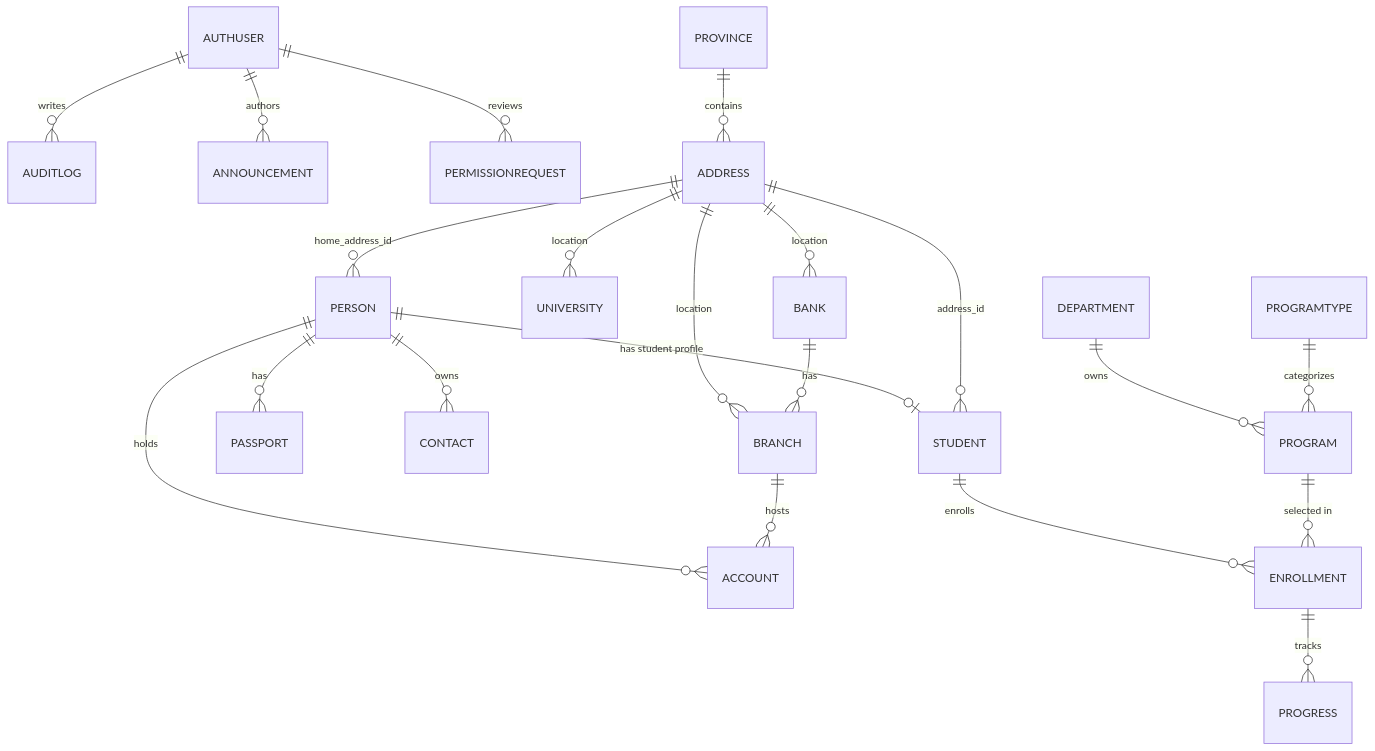
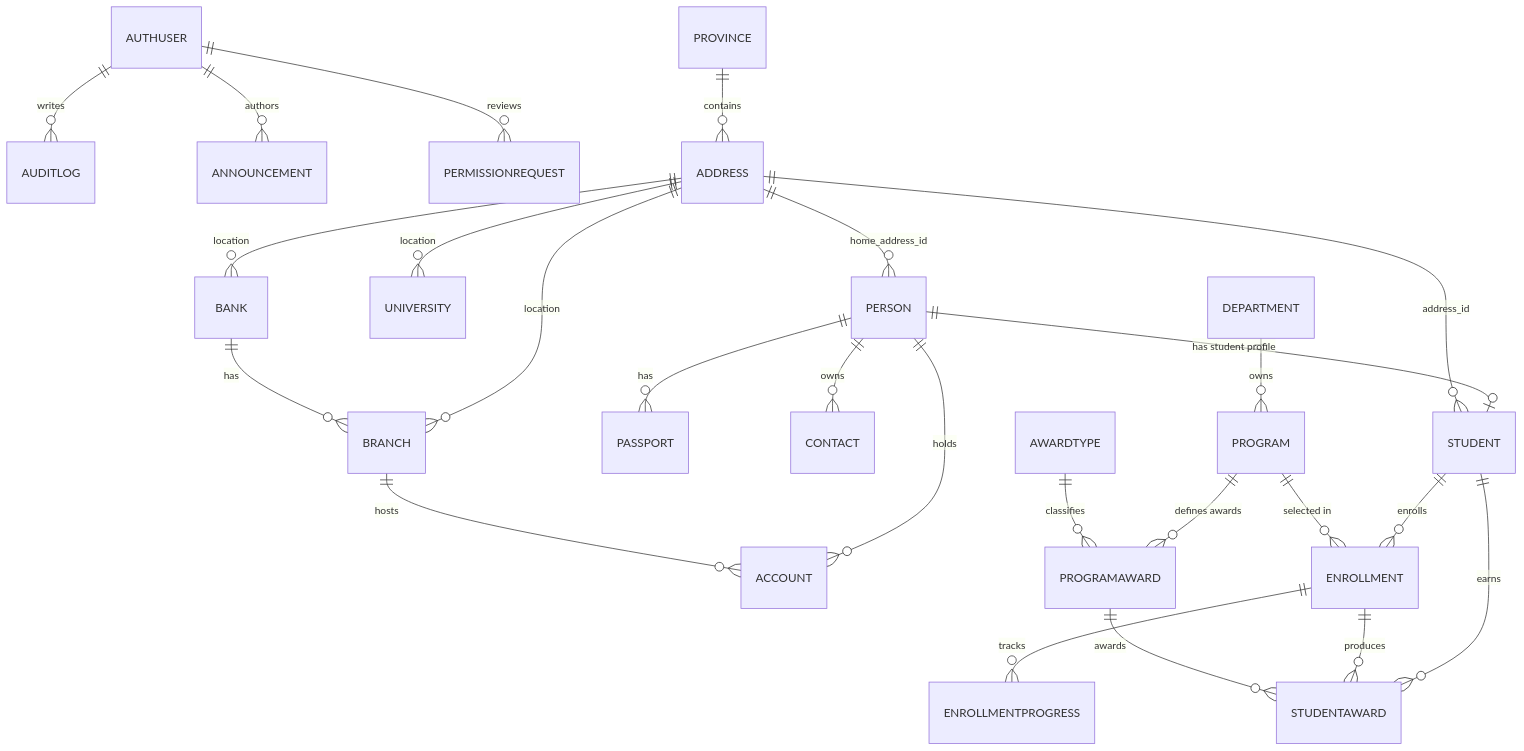
One commit to joe123-crypto/student-management-system changed the diagram in docs/architecture/app-schema.md. Above: the diagram before and after it, drawn with Mermaid. The commit also changed other lines of this file and 13 other files, not shown here.

Commit message:
Updated prisma/schema.prisma and added migration.sql to move the academic domain to the new shape

````diff
--- a/docs/architecture/app-schema.md
+++ b/docs/architecture/app-schema.md
@@ -197,23 +217,27 @@
 ```mermaid
 erDiagram
   AUTHUSER ||--o{ AUDITLOG : "writes"
   AUTHUSER ||--o{ ANNOUNCEMENT : "authors"
   AUTHUSER ||--o{ PERMISSIONREQUEST : "reviews"
   PERSON ||--o| STUDENT : "has student profile"
   PERSON ||--o{ PASSPORT : "has"
   PERSON ||--o{ CONTACT : "owns"
   PERSON ||--o{ ACCOUNT : "holds"
   ADDRESS ||--o{ PERSON : "home_address_id"
   ADDRESS ||--o{ STUDENT : "address_id"
   PROVINCE ||--o{ ADDRESS : "contains"
   ADDRESS ||--o{ UNIVERSITY : "location"
   ADDRESS ||--o{ BANK : "location"
   ADDRESS ||--o{ BRANCH : "location"
   BANK ||--o{ BRANCH : "has"
   BRANCH ||--o{ ACCOUNT : "hosts"
   STUDENT ||--o{ ENROLLMENT : "enrolls"
   PROGRAM ||--o{ ENROLLMENT : "selected in"
   DEPARTMENT ||--o{ PROGRAM : "owns"
-  PROGRAMTYPE ||--o{ PROGRAM : "categorizes"
-  ENROLLMENT ||--o{ PROGRESS : "tracks"
+  PROGRAM ||--o{ PROGRAMAWARD : "defines awards"
+  AWARDTYPE ||--o{ PROGRAMAWARD : "classifies"
+  ENROLLMENT ||--o{ ENROLLMENTPROGRESS : "tracks"
+  STUDENT ||--o{ STUDENTAWARD : "earns"
+  ENROLLMENT ||--o{ STUDENTAWARD : "produces"
+  PROGRAMAWARD ||--o{ STUDENTAWARD : "awards"
 ```
````
